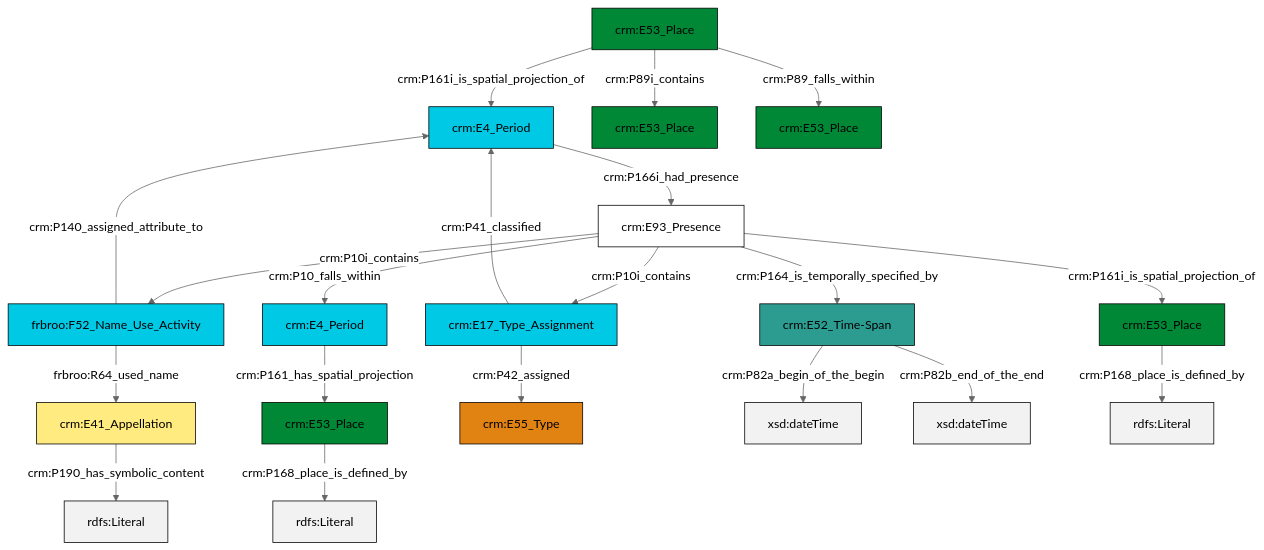
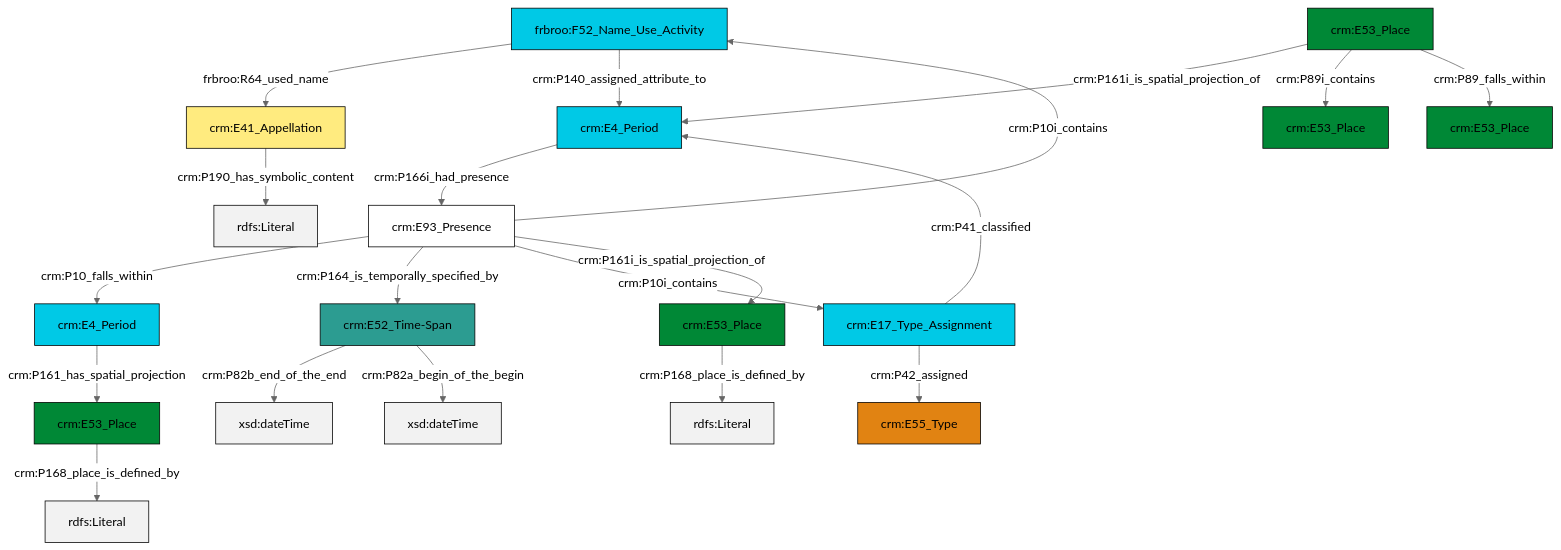
The diagram in et/placeCSV/ttl/mmd/place_parthood.ttl.mmd (swiss-art-research-net/docs.swissartresearch), drawn with Mermaid (neutral theme) before and after one commit. The commit also changed 175 other files, not shown here.

```diff
--- a/et/placeCSV/ttl/mmd/place_parthood.ttl.mmd
+++ b/et/placeCSV/ttl/mmd/place_parthood.ttl.mmd
@@ -1,34 +1,34 @@
 graph TD
 classDef Literal fill:#f2f2f2,stroke:#000000;
 classDef CRM_Entity fill:#FFFFFF,stroke:#000000;
 classDef Temporal_Entity fill:#00C9E6, stroke:#000000;
 classDef Type fill:#E18312, stroke:#000000;
 classDef Time-Span fill:#2C9C91, stroke:#000000;
 classDef Appellation fill:#FFEB7F, stroke:#000000;
 classDef Place fill:#008836, stroke:#000000;
 classDef Persistent_Item fill:#B266B2, stroke:#000000;
 classDef Conceptual_Object fill:#FFD700, stroke:#000000;
 classDef Physical_Thing fill:#D2B48C, stroke:#000000;
 classDef Actor fill:#f58aad, stroke:#000000;
 classDef PC_Classes fill:#4ce600, stroke:#000000;
 classDef Multi fill:#cccccc,stroke:#000000;
 
-4["crm:E53_Place"]:::Place -->|crm:P168_place_is_defined_by| 5[rdfs:Literal]:::Literal
-6["crm:E93_Presence"]:::CRM_Entity -->|crm:P161i_is_spatial_projection_of| 0["crm:E53_Place"]:::Place
-8["crm:E41_Appellation"]:::Appellation -->|crm:P190_has_symbolic_content| 9[rdfs:Literal]:::Literal
-6["crm:E93_Presence"]:::CRM_Entity -->|crm:P10i_contains| 10["frbroo:F52_Name_Use_Activity"]:::Temporal_Entity
-13["crm:E53_Place"]:::Place -->|crm:P161i_is_spatial_projection_of| 2["crm:E4_Period"]:::Temporal_Entity
-6["crm:E93_Presence"]:::CRM_Entity -->|crm:P10i_contains| 19["crm:E17_Type_Assignment"]:::Temporal_Entity
-20["crm:E52_Time-Span"]:::Time-Span -->|crm:P82a_begin_of_the_begin| 21[xsd:dateTime]:::Literal
-2["crm:E4_Period"]:::Temporal_Entity -->|crm:P166i_had_presence| 6["crm:E93_Presence"]:::CRM_Entity
-22["crm:E4_Period"]:::Temporal_Entity -->|crm:P161_has_spatial_projection| 4["crm:E53_Place"]:::Place
-13["crm:E53_Place"]:::Place -->|crm:P89_falls_within| 15["crm:E53_Place"]:::Place
-6["crm:E93_Presence"]:::CRM_Entity -->|crm:P10_falls_within| 22["crm:E4_Period"]:::Temporal_Entity
-20["crm:E52_Time-Span"]:::Time-Span -->|crm:P82b_end_of_the_end| 27[xsd:dateTime]:::Literal
-10["frbroo:F52_Name_Use_Activity"]:::Temporal_Entity -->|crm:P140_assigned_attribute_to| 2["crm:E4_Period"]:::Temporal_Entity
-10["frbroo:F52_Name_Use_Activity"]:::Temporal_Entity -->|frbroo:R64_used_name| 8["crm:E41_Appellation"]:::Appellation
-6["crm:E93_Presence"]:::CRM_Entity -->|crm:P164_is_temporally_specified_by| 20["crm:E52_Time-Span"]:::Time-Span
-19["crm:E17_Type_Assignment"]:::Temporal_Entity -->|crm:P42_assigned| 17["crm:E55_Type"]:::Type
-13["crm:E53_Place"]:::Place -->|crm:P89i_contains| 11["crm:E53_Place"]:::Place
+0["frbroo:F52_Name_Use_Activity"]:::Temporal_Entity -->|frbroo:R64_used_name| 1["crm:E41_Appellation"]:::Appellation
+6["crm:E53_Place"]:::Place -->|crm:P161i_is_spatial_projection_of| 2["crm:E4_Period"]:::Temporal_Entity
+12["crm:E53_Place"]:::Place -->|crm:P168_place_is_defined_by| 13[rdfs:Literal]:::Literal
+2["crm:E4_Period"]:::Temporal_Entity -->|crm:P166i_had_presence| 14["crm:E93_Presence"]:::CRM_Entity
+14["crm:E93_Presence"]:::CRM_Entity -->|crm:P10i_contains| 0["frbroo:F52_Name_Use_Activity"]:::Temporal_Entity
+9["crm:E52_Time-Span"]:::Time-Span -->|crm:P82b_end_of_the_end| 15[xsd:dateTime]:::Literal
+6["crm:E53_Place"]:::Place -->|crm:P89i_contains| 7["crm:E53_Place"]:::Place
+14["crm:E93_Presence"]:::CRM_Entity -->|crm:P10_falls_within| 16["crm:E4_Period"]:::Temporal_Entity
+17["crm:E53_Place"]:::Place -->|crm:P168_place_is_defined_by| 18[rdfs:Literal]:::Literal
+16["crm:E4_Period"]:::Temporal_Entity -->|crm:P161_has_spatial_projection| 12["crm:E53_Place"]:::Place
+9["crm:E52_Time-Span"]:::Time-Span -->|crm:P82a_begin_of_the_begin| 22[xsd:dateTime]:::Literal
+6["crm:E53_Place"]:::Place -->|crm:P89_falls_within| 23["crm:E53_Place"]:::Place
+14["crm:E93_Presence"]:::CRM_Entity -->|crm:P164_is_temporally_specified_by| 9["crm:E52_Time-Span"]:::Time-Span
+14["crm:E93_Presence"]:::CRM_Entity -->|crm:P10i_contains| 19["crm:E17_Type_Assignment"]:::Temporal_Entity
+19["crm:E17_Type_Assignment"]:::Temporal_Entity -->|crm:P42_assigned| 4["crm:E55_Type"]:::Type
+1["crm:E41_Appellation"]:::Appellation -->|crm:P190_has_symbolic_content| 25[rdfs:Literal]:::Literal
+0["frbroo:F52_Name_Use_Activity"]:::Temporal_Entity -->|crm:P140_assigned_attribute_to| 2["crm:E4_Period"]:::Temporal_Entity
+14["crm:E93_Presence"]:::CRM_Entity -->|crm:P161i_is_spatial_projection_of| 17["crm:E53_Place"]:::Place
 19["crm:E17_Type_Assignment"]:::Temporal_Entity -->|crm:P41_classified| 2["crm:E4_Period"]:::Temporal_Entity
-0["crm:E53_Place"]:::Place -->|crm:P168_place_is_defined_by| 29[rdfs:Literal]:::Literal
```
